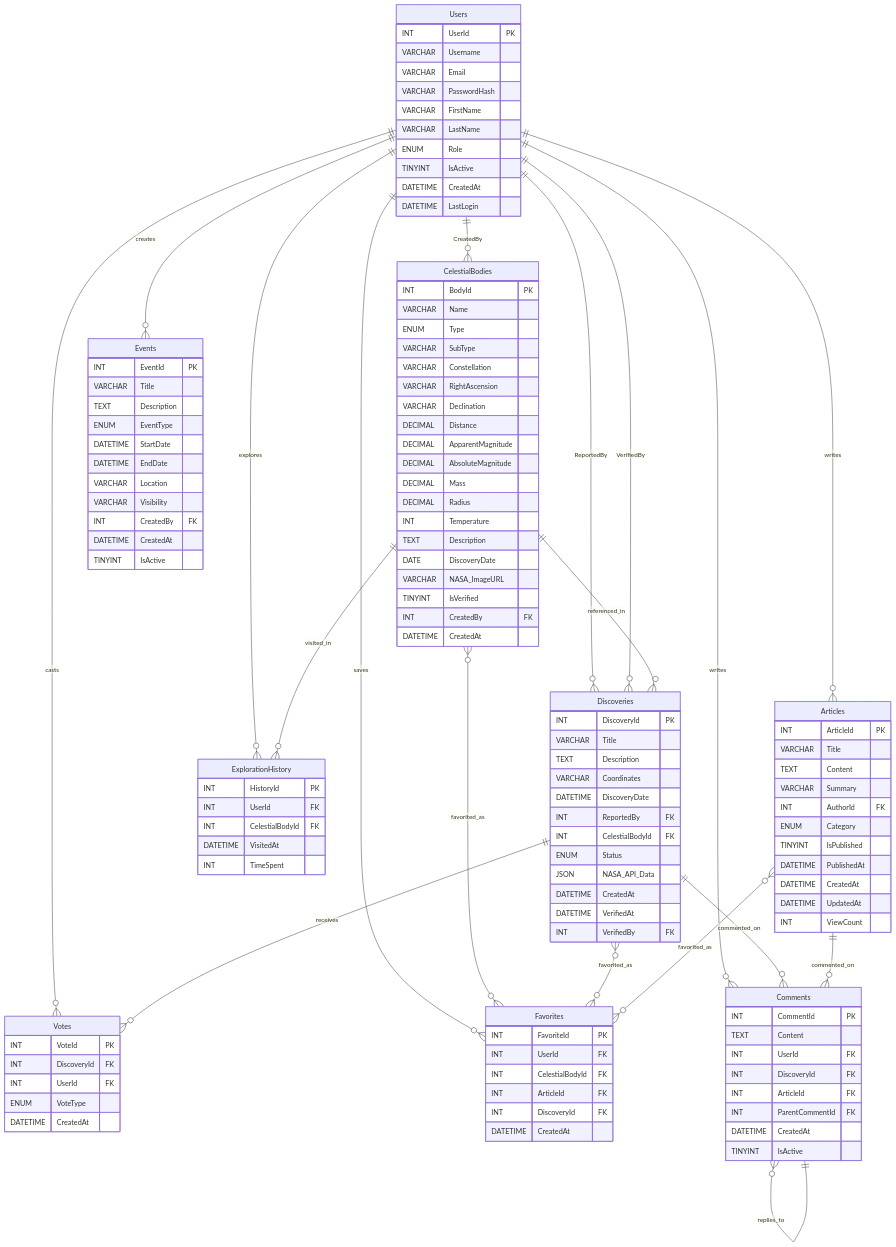
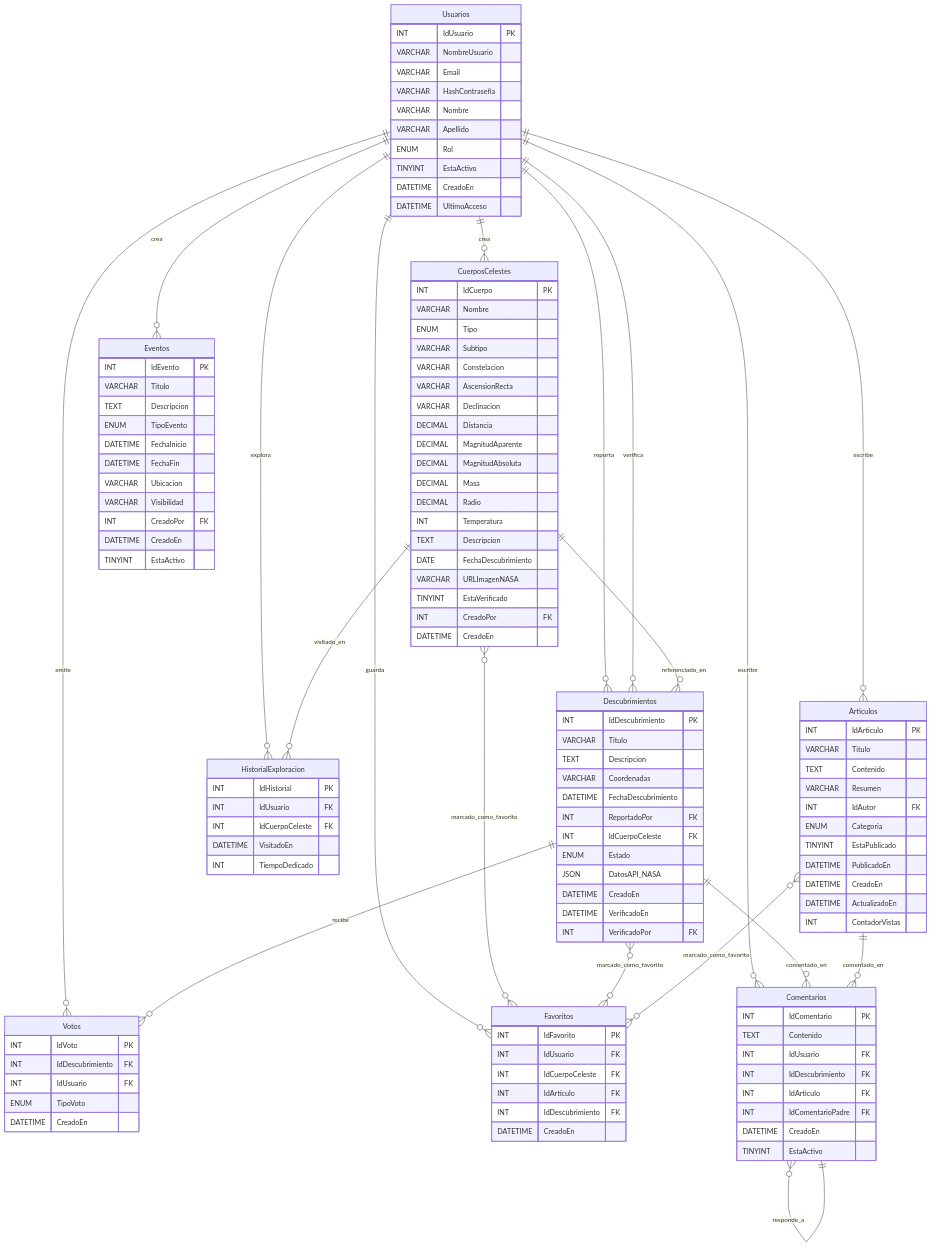
Before and after one commit to JosuGuzman/TpFinal-ObservatorioGalactico: the diagram in README.md, drawn with Mermaid.

````diff
--- a/README.md
+++ b/README.md
@@ -35,139 +35,139 @@
 ```mermaid
 erDiagram
-    Users {
-        INT UserId PK
-        VARCHAR Username
+    Usuarios {
+        INT IdUsuario PK
+        VARCHAR NombreUsuario
         VARCHAR Email
-        VARCHAR PasswordHash
-        VARCHAR FirstName
-        VARCHAR LastName
-        ENUM Role
-        TINYINT IsActive
-        DATETIME CreatedAt
-        DATETIME LastLogin
+        VARCHAR HashContraseña
+        VARCHAR Nombre
+        VARCHAR Apellido
+        ENUM Rol
+        TINYINT EstaActivo
+        DATETIME CreadoEn
+        DATETIME UltimoAcceso
     }
 
-    CelestialBodies {
-        INT BodyId PK
-        VARCHAR Name
-        ENUM Type
-        VARCHAR SubType
-        VARCHAR Constellation
-        VARCHAR RightAscension
-        VARCHAR Declination
-        DECIMAL Distance
-        DECIMAL ApparentMagnitude
-        DECIMAL AbsoluteMagnitude
-        DECIMAL Mass
-        DECIMAL Radius
-        INT Temperature
-        TEXT Description
-        DATE DiscoveryDate
-        VARCHAR NASA_ImageURL
-        TINYINT IsVerified
-        INT CreatedBy FK
-        DATETIME CreatedAt
+    CuerposCelestes {
+        INT IdCuerpo PK
+        VARCHAR Nombre
+        ENUM Tipo
+        VARCHAR Subtipo
+        VARCHAR Constelacion
+        VARCHAR AscensionRecta
+        VARCHAR Declinacion
+        DECIMAL Distancia
+        DECIMAL MagnitudAparente
+        DECIMAL MagnitudAbsoluta
+        DECIMAL Masa
+        DECIMAL Radio
+        INT Temperatura
+        TEXT Descripcion
+        DATE FechaDescubrimiento
+        VARCHAR URLImagenNASA
+        TINYINT EstaVerificado
+        INT CreadoPor FK
+        DATETIME CreadoEn
     }
 
-    Discoveries {
-        INT DiscoveryId PK
-        VARCHAR Title
-        TEXT Description
-        VARCHAR Coordinates
-        DATETIME DiscoveryDate
-        INT ReportedBy FK
-        INT CelestialBodyId FK
-        ENUM Status
-        JSON NASA_API_Data
-        DATETIME CreatedAt
-        DATETIME VerifiedAt
-        INT VerifiedBy FK
+    Descubrimientos {
+        INT IdDescubrimiento PK
+        VARCHAR Titulo
+        TEXT Descripcion
+        VARCHAR Coordenadas
+        DATETIME FechaDescubrimiento
+        INT ReportadoPor FK
+        INT IdCuerpoCeleste FK
+        ENUM Estado
+        JSON DatosAPI_NASA
+        DATETIME CreadoEn
+        DATETIME VerificadoEn
+        INT VerificadoPor FK
     }
 
-    Votes {
-        INT VoteId PK
-        INT DiscoveryId FK
-        INT UserId FK
-        ENUM VoteType
-        DATETIME CreatedAt
+    Votos {
+        INT IdVoto PK
+        INT IdDescubrimiento FK
+        INT IdUsuario FK
+        ENUM TipoVoto
+        DATETIME CreadoEn
     }
 
-    ExplorationHistory {
-        INT HistoryId PK
-        INT UserId FK
-        INT CelestialBodyId FK
-        DATETIME VisitedAt
-        INT TimeSpent
+    HistorialExploracion {
+        INT IdHistorial PK
+        INT IdUsuario FK
+        INT IdCuerpoCeleste FK
+        DATETIME VisitadoEn
+        INT TiempoDedicado
     }
 
-    Articles {
-        INT ArticleId PK
-        VARCHAR Title
-        TEXT Content
-        VARCHAR Summary
-        INT AuthorId FK
-        ENUM Category
-        TINYINT IsPublished
-        DATETIME PublishedAt
-        DATETIME CreatedAt
-        DATETIME UpdatedAt
-        INT ViewCount
+    Articulos {
+        INT IdArticulo PK
+        VARCHAR Titulo
+        TEXT Contenido
+        VARCHAR Resumen
+        INT IdAutor FK
+        ENUM Categoria
+        TINYINT EstaPublicado
+        DATETIME PublicadoEn
+        DATETIME CreadoEn
+        DATETIME ActualizadoEn
+        INT ContadorVistas
     }
 
-    Events {
-        INT EventId PK
-        VARCHAR Title
-        TEXT Description
-        ENUM EventType
-        DATETIME StartDate
-        DATETIME EndDate
-        VARCHAR Location
-        VARCHAR Visibility
-        INT CreatedBy FK
-        DATETIME CreatedAt
-        TINYINT IsActive
+    Eventos {
+        INT IdEvento PK
+        VARCHAR Titulo
+        TEXT Descripcion
+        ENUM TipoEvento
+        DATETIME FechaInicio
+        DATETIME FechaFin
+        VARCHAR Ubicacion
+        VARCHAR Visibilidad
+        INT CreadoPor FK
+        DATETIME CreadoEn
+        TINYINT EstaActivo
     }
 
-    Favorites {
-        INT FavoriteId PK
-        INT UserId FK
-        INT CelestialBodyId FK
-        INT ArticleId FK
-        INT DiscoveryId FK
-        DATETIME CreatedAt
+    Favoritos {
+        INT IdFavorito PK
+        INT IdUsuario FK
+        INT IdCuerpoCeleste FK
+        INT IdArticulo FK
+        INT IdDescubrimiento FK
+        DATETIME CreadoEn
     }
 
-    Comments {
-        INT CommentId PK
-        TEXT Content
-        INT UserId FK
-        INT DiscoveryId FK
-        INT ArticleId FK
-        INT ParentCommentId FK
-        DATETIME CreatedAt
-        TINYINT IsActive
+    Comentarios {
+        INT IdComentario PK
+        TEXT Contenido
+        INT IdUsuario FK
+        INT IdDescubrimiento FK
+        INT IdArticulo FK
+        INT IdComentarioPadre FK
+        DATETIME CreadoEn
+        TINYINT EstaActivo
     }
 
-    Users ||--o{ CelestialBodies : "CreatedBy"
-    Users ||--o{ Discoveries : "ReportedBy"
-    Users ||--o{ Discoveries : "VerifiedBy"
-    Users ||--o{ ExplorationHistory : "explores"
-    Users ||--o{ Articles : "writes"
-    Users ||--o{ Events : "creates"
-    Users ||--o{ Votes : "casts"
-    Users ||--o{ Favorites : "saves"
-    Users ||--o{ Comments : "writes"
+    Usuarios ||--o{ CuerposCelestes : "crea"
+    Usuarios ||--o{ Descubrimientos : "reporta"
+    Usuarios ||--o{ Descubrimientos : "verifica"
+    Usuarios ||--o{ HistorialExploracion : "explora"
+    Usuarios ||--o{ Articulos : "escribe"
+    Usuarios ||--o{ Eventos : "crea"
+    Usuarios ||--o{ Votos : "emite"
+    Usuarios ||--o{ Favoritos : "guarda"
+    Usuarios ||--o{ Comentarios : "escribe"
     
-    CelestialBodies ||--o{ Discoveries : "referenced_in"
-    CelestialBodies ||--o{ ExplorationHistory : "visited_in"
-    CelestialBodies }o--o{ Favorites : "favorited_as"
+    CuerposCelestes ||--o{ Descubrimientos : "referenciado_en"
+    CuerposCelestes ||--o{ HistorialExploracion : "visitado_en"
+    CuerposCelestes }o--o{ Favoritos : "marcado_como_favorito"
     
-    Discoveries ||--o{ Votes : "receives"
-    Discoveries }o--o{ Favorites : "favorited_as"
-    Discoveries ||--o{ Comments : "commented_on"
+    Descubrimientos ||--o{ Votos : "recibe"
+    Descubrimientos }o--o{ Favoritos : "marcado_como_favorito"
+    Descubrimientos ||--o{ Comentarios : "comentado_en"
     
-    Articles }o--o{ Favorites : "favorited_as"
-    Articles ||--o{ Comments : "commented_on"
+    Articulos }o--o{ Favoritos : "marcado_como_favorito"
+    Articulos ||--o{ Comentarios : "comentado_en"
     
-    Comments }o--|| Comments : "replies_to"
+    Comentarios }o--|| Comentarios : "responde_a"
 ```
````
